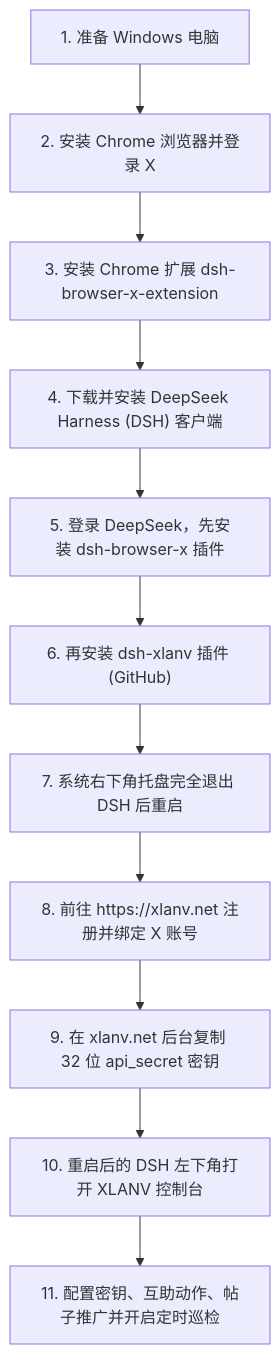
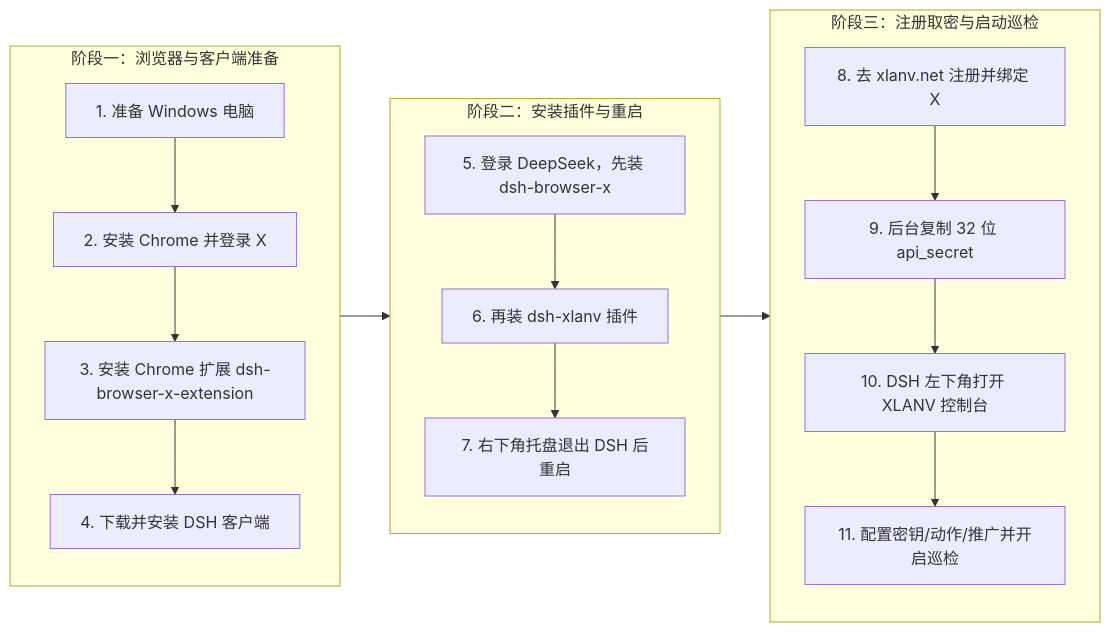
One commit to wilming/dsh-xlanv changed the diagram in README.md. Above: the diagram before and after it, drawn with Mermaid. The commit also changed other lines of this file and 2 other files, not shown here.

Commit message:
docs: replace small Mermaid architecture diagram with high-res SVG and collapse 11-step flowchart

````diff
--- a/README.md
+++ b/README.md
@@ -38,13 +16,24 @@
 ```mermaid
-flowchart TD
-  S1["1. 准备 Windows 电脑"] --> S2["2. 安装 Chrome 浏览器并登录 X"]
-  S2 --> S3["3. 安装 Chrome 扩展 dsh-browser-x-extension"]
-  S3 --> S4["4. 下载并安装 DeepSeek Harness (DSH) 客户端"]
-  S4 --> S5["5. 登录 DeepSeek，先安装 dsh-browser-x 插件"]
-  S5 --> S6["6. 再安装 dsh-xlanv 插件 (GitHub)"]
-  S6 --> S7["7. 系统右下角托盘完全退出 DSH 后重启"]
-  S7 --> S8["8. 前往 https://xlanv.net 注册并绑定 X 账号"]
-  S8 --> S9["9. 在 xlanv.net 后台复制 32 位 api_secret 密钥"]
-  S9 --> S10["10. 重启后的 DSH 左下角打开 XLANV 控制台"]
-  S10 --> S11["11. 配置密钥、互助动作、帖子推广并开启定时巡检"]
+flowchart LR
+  subgraph G1["阶段一：浏览器与客户端准备"]
+    direction TB
+    S1["1. 准备 Windows 电脑"] --> S2["2. 安装 Chrome 并登录 X"]
+    S2 --> S3["3. 安装 Chrome 扩展 dsh-browser-x-extension"]
+    S3 --> S4["4. 下载并安装 DSH 客户端"]
+  end
+
+  subgraph G2["阶段二：安装插件与重启"]
+    direction TB
+    S5["5. 登录 DeepSeek，先装 dsh-browser-x"] --> S6["6. 再装 dsh-xlanv 插件"]
+    S6 --> S7["7. 右下角托盘退出 DSH 后重启"]
+  end
+
+  subgraph G3["阶段三：注册取密与启动巡检"]
+    direction TB
+    S8["8. 去 xlanv.net 注册并绑定 X"] --> S9["9. 后台复制 32 位 api_secret"]
+    S9 --> S10["10. DSH 左下角打开 XLANV 控制台"]
+    S10 --> S11["11. 配置密钥/动作/推广并开启巡检"]
+  end
+
+  G1 --> G2 --> G3
 ```
````
